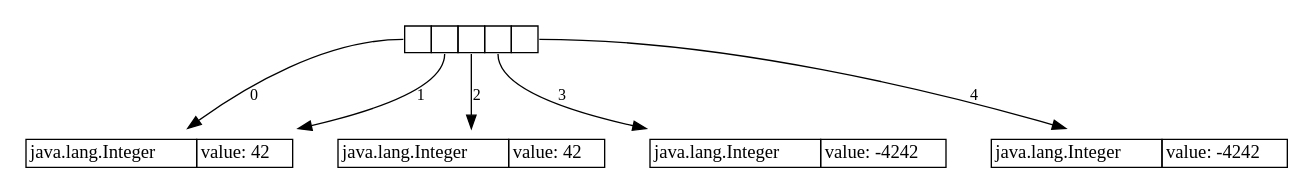
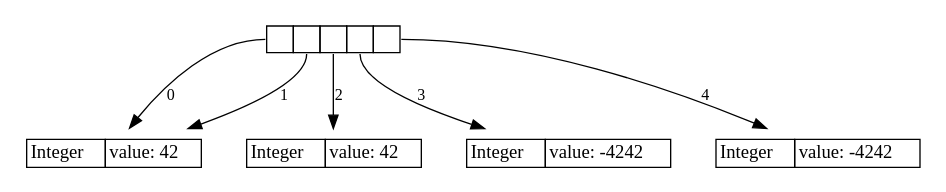
Before and after one commit to openjdk/jol: the seventh of 18 diagrams in doc/src/main/asciidoc/start.adoc, drawn with Graphviz. The commit also changed other lines of this file and 3 other files, not shown here.

```diff
--- a/doc/src/main/asciidoc/start.adoc
+++ b/doc/src/main/asciidoc/start.adoc
@@ -680,63 +675,63 @@
 [graphviz]
 ----
 digraph Java {
 	rankdir="TB";
 	node[shape=plaintext]
 	n1[label=<
 		<table border='0' cellborder='1' cellspacing='0' cellpadding='9'>
 			<tr>
 				<td port="f0"></td>
 				<td port="f1"></td>
 				<td port="f2"></td>
 				<td port="f3"></td>
 				<td port="f4"></td>
 			</tr>
 		</table>
 	>];
 	n2[label=<
 		<table border='0' cellborder='1' cellspacing='0'>
 			<tr>
-				<td rowspan='2'>java.lang.Integer</td>
+				<td rowspan='2'>Integer</td>
 			</tr>
 			<tr>
 				<td>value: 42</td>
 			</tr>
 		</table>
 	>];
 	n1:f0 -> n2[label="0",fontsize=12];
 	n1:f1 -> n2[label="1",fontsize=12];
 	n3[label=<
 		<table border='0' cellborder='1' cellspacing='0'>
 			<tr>
-				<td rowspan='2'>java.lang.Integer</td>
+				<td rowspan='2'>Integer</td>
 			</tr>
 			<tr>
 				<td>value: 42</td>
 			</tr>
 		</table>
 	>];
 	n1:f2 -> n3[label="2",fontsize=12];
 	n4[label=<
 		<table border='0' cellborder='1' cellspacing='0'>
 			<tr>
-				<td rowspan='2'>java.lang.Integer</td>
+				<td rowspan='2'>Integer</td>
 			</tr>
 			<tr>
 				<td>value: -4242</td>
 			</tr>
 		</table>
 	>];
 	n1:f3 -> n4[label="3",fontsize=12];
 	n5[label=<
 		<table border='0' cellborder='1' cellspacing='0'>
 			<tr>
-				<td rowspan='2'>java.lang.Integer</td>
+				<td rowspan='2'>Integer</td>
 			</tr>
 			<tr>
 				<td>value: -4242</td>
 			</tr>
 		</table>
 	>];
 	n1:f4 -> n5[label="4",fontsize=12];
 }
 ----
```
